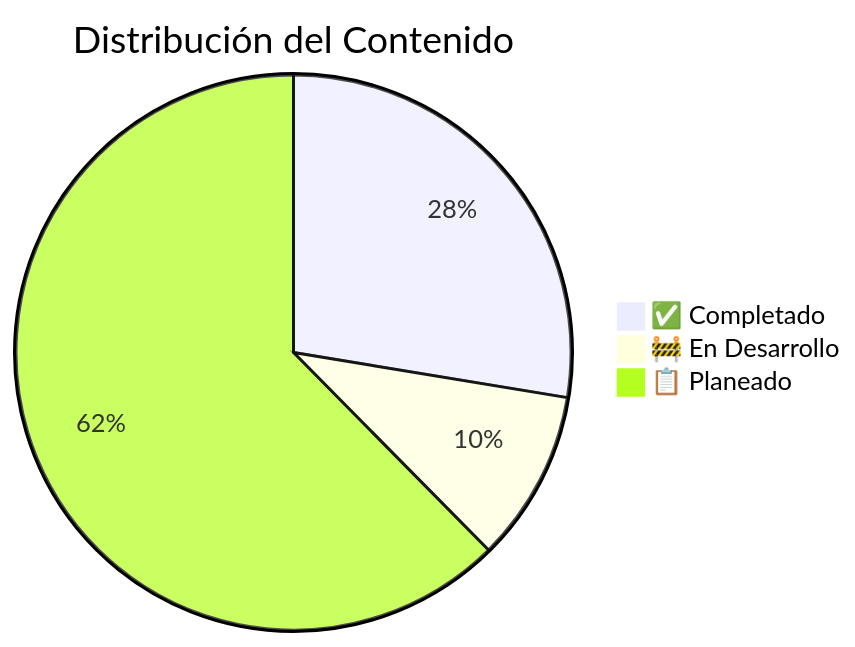
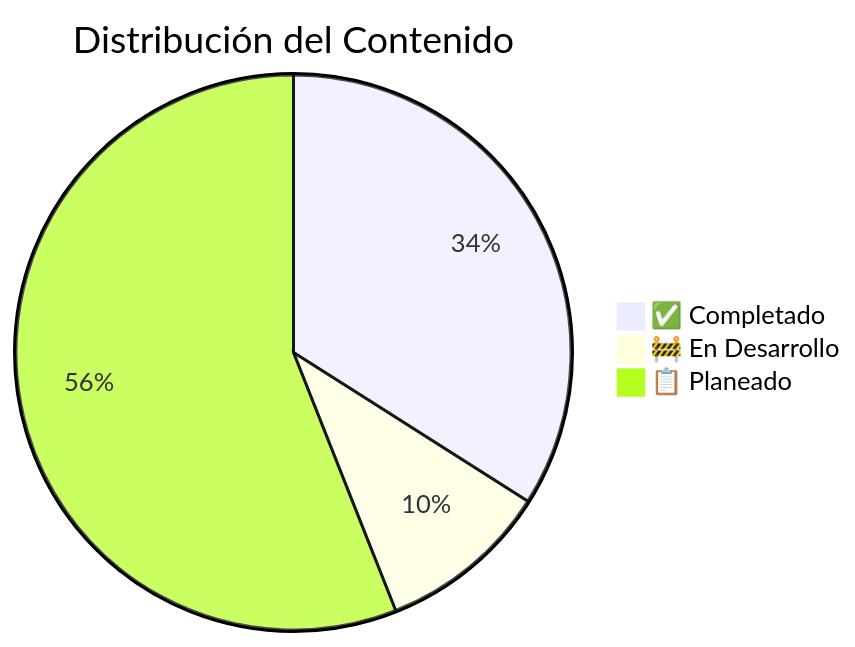
One commit to sazardev/go-deep changed the sixth of 18 diagrams in README.md. Above: the diagram before and after it, drawn with Mermaid. The commit also changed other lines of this file and 4 other files, not shown here.

````diff
--- a/README.md
+++ b/README.md
@@ -367,6 +367,6 @@
 ```mermaid
 pie title Distribución del Contenido
-    "✅ Completado" : 138
+    "✅ Completado" : 170
     "🚧 En Desarrollo" : 50
-    "📋 Planeado" : 312
+    "📋 Planeado" : 280
 ```
````
